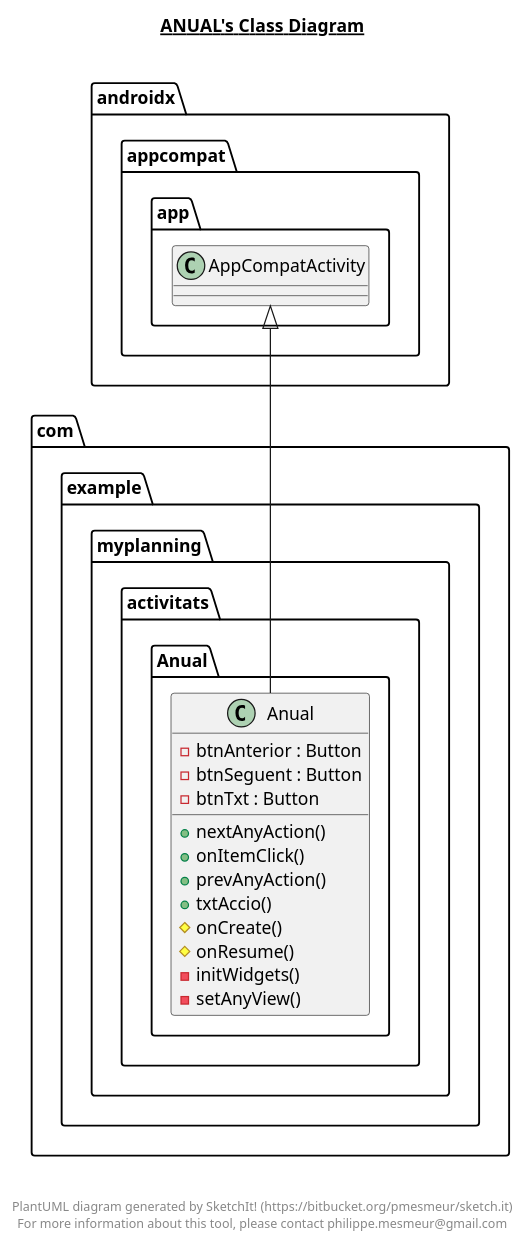
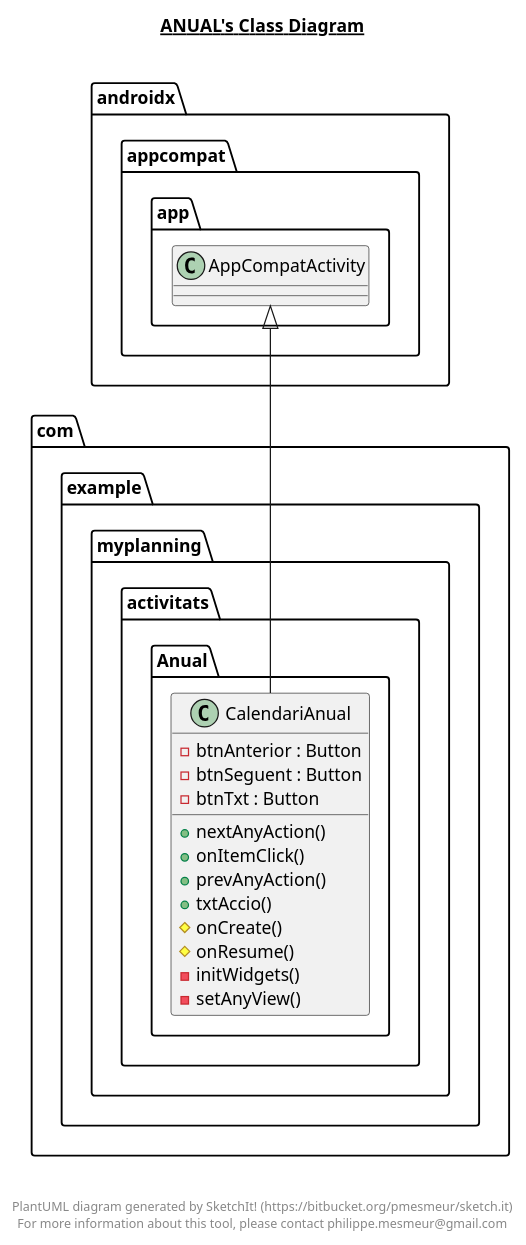
Before and after one commit to ArturoLat/MyPlanning: the diagram in app/src/main/java/com/example/myplanning/activitats/Anual/Anual.plantuml, drawn with PlantUML. The commit also changed 3 other files, not shown here.

```diff
--- a/app/src/main/java/com/example/myplanning/activitats/Anual/Anual.plantuml
+++ b/app/src/main/java/com/example/myplanning/activitats/Anual/Anual.plantuml
@@ -1,36 +1,36 @@
 @startuml
 
 title __ANUAL's Class Diagram__\n
 
   namespace com.example.myplanning {
     namespace activitats {
       namespace Anual {
-        class com.example.myplanning.activitats.Anual.Anual {
+        class com.example.myplanning.activitats.Anual.CalendariAnual {
             - btnAnterior : Button
             - btnSeguent : Button
             - btnTxt : Button
             + nextAnyAction()
             + onItemClick()
             + prevAnyAction()
             + txtAccio()
             # onCreate()
             # onResume()
             - initWidgets()
             - setAnyView()
         }
       }
     }
   }
   
 
-  com.example.myplanning.activitats.Anual.Anual -up-|> androidx.appcompat.app.AppCompatActivity
+  com.example.myplanning.activitats.Anual.CalendariAnual -up-|> androidx.appcompat.app.AppCompatActivity
 
 
 right footer
 
 
 PlantUML diagram generated by SketchIt! (https://bitbucket.org/pmesmeur/sketch.it)
 For more information about this tool, please contact philippe.mesmeur@gmail.com
 endfooter
 
 @enduml
```
